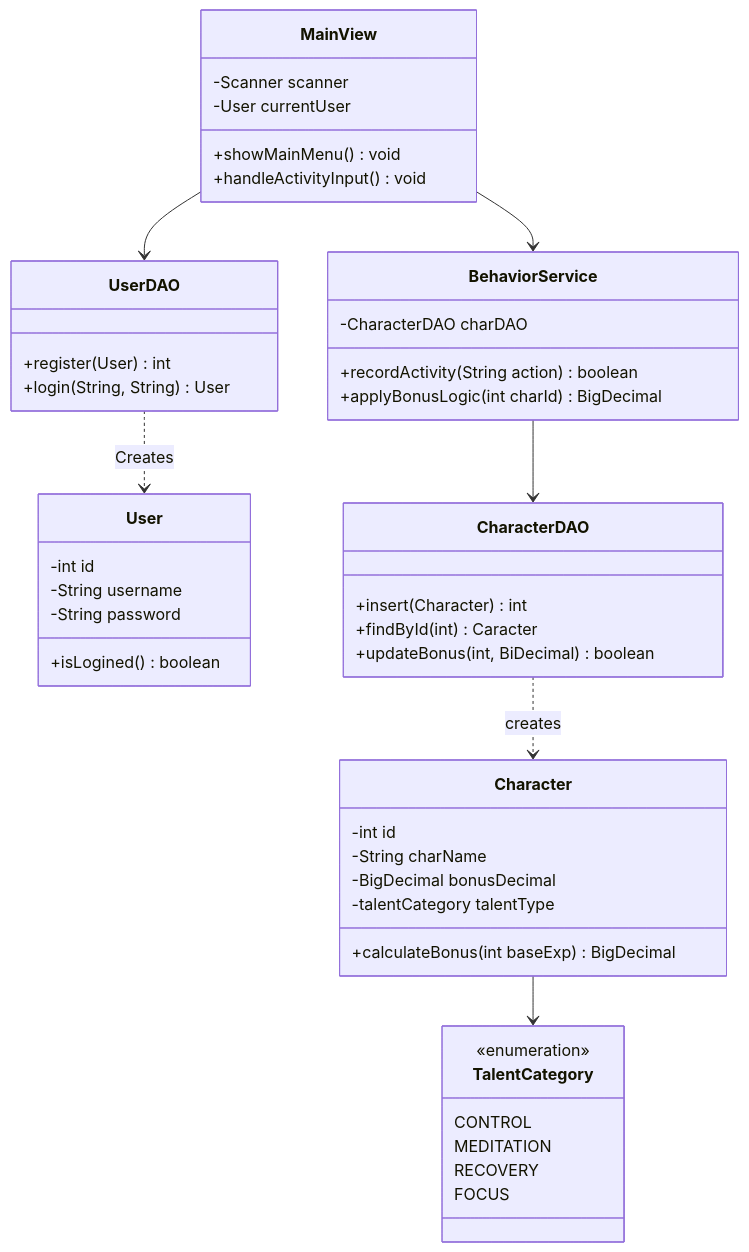
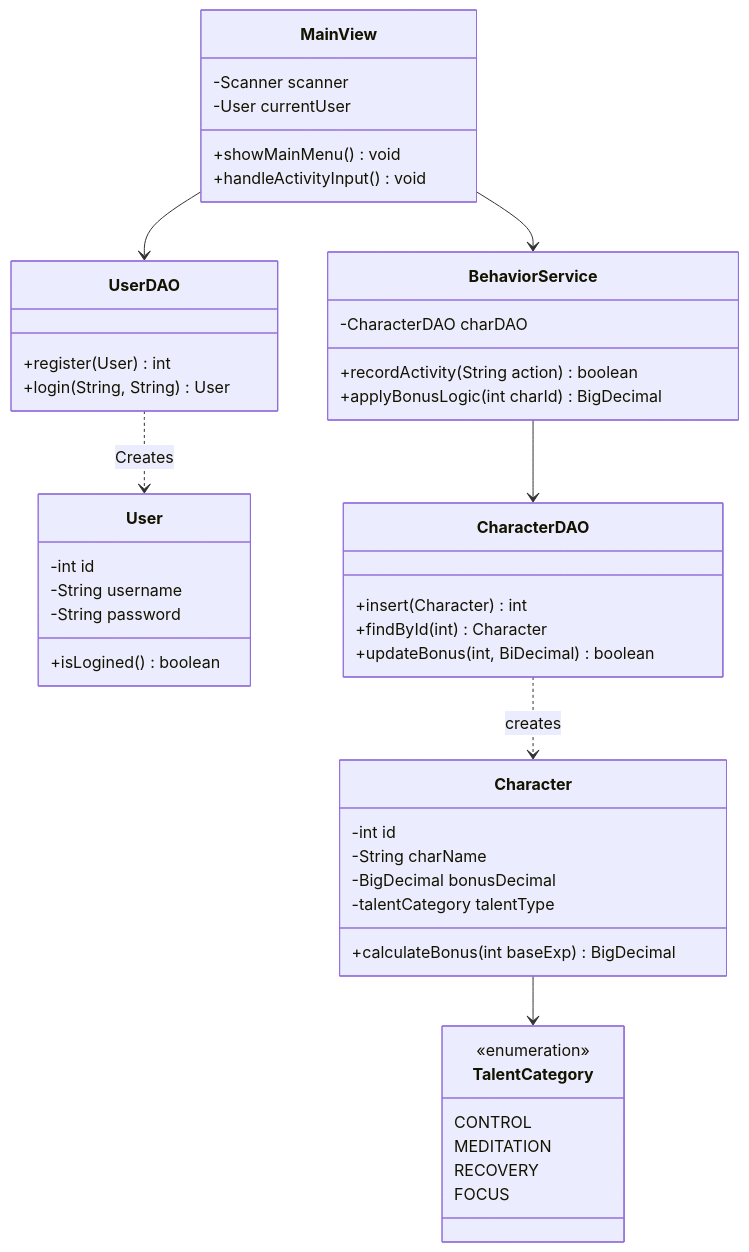
The second of 3 diagrams in README.md (linalingling/BioBehaviorBridge), drawn with Mermaid before and after one commit. The commit also changed 2 other files, not shown here.

Commit message:
fix: wrong name from caracter to character

````diff
--- a/README.md
+++ b/README.md
@@ -94,54 +94,54 @@
 ```mermaid
 classDiagram
     class User {
         -int id
         -String username
         -String password
         +isLogined() boolean
     }
     class Character {
         -int id
         -String charName
         -BigDecimal bonusDecimal
         -talentCategory talentType
         +calculateBonus(int baseExp) BigDecimal
         
     }
     class TalentCategory {
         <<enumeration>>
         CONTROL
         MEDITATION
         RECOVERY
         FOCUS
    }  
         
            
     class UserDAO {
         +register(User) int
         +login(String, String) User
     }
     class CharacterDAO {
        +insert(Character) int
-       +findById(int) Caracter
+       +findById(int) Character
        +updateBonus(int, BiDecimal) boolean
     }
     class BehaviorService {
        -CharacterDAO charDAO
        +recordActivity (String action) boolean
        +applyBonusLogic (int charId) BigDecimal
     }
     class MainView {
         -Scanner scanner
         -User currentUser
         +showMainMenu () void
         +handleActivityInput() void
     }
     Character --> TalentCategory
     MainView --> BehaviorService
     BehaviorService --> CharacterDAO
     MainView --> UserDAO
     CharacterDAO ..> Character : creates
     UserDAO ..> User : Creates
 
     
 ```
````
